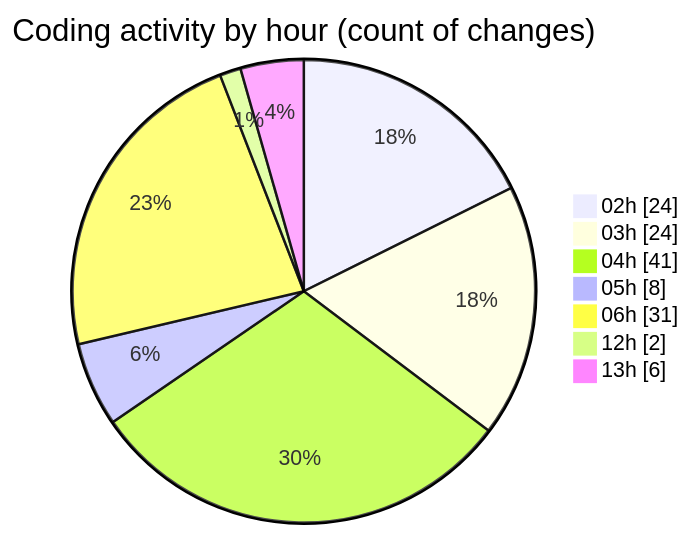
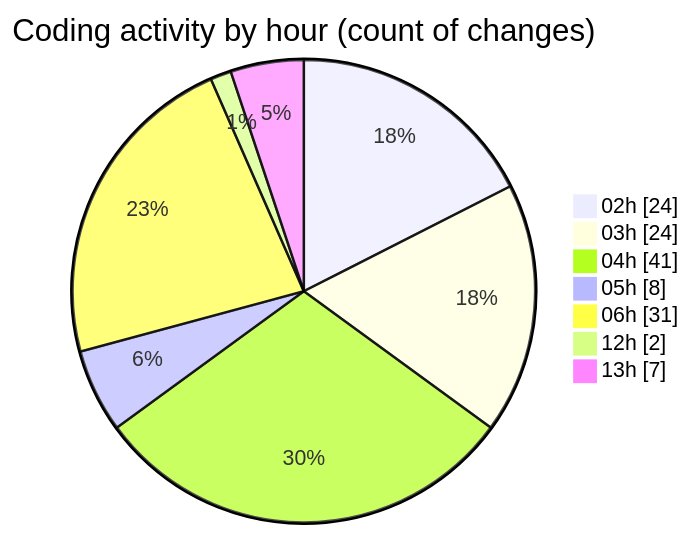
The second of 2 diagrams in 2025-07-23/quanlyrapchieuphim/README.md (lephambinh05/code-tracking), drawn with Mermaid before and after one commit. The commit also changed other lines of this file and 1 other file, not shown here.

````diff
--- a/2025-07-23/quanlyrapchieuphim/README.md
+++ b/2025-07-23/quanlyrapchieuphim/README.md
@@ -42,11 +42,11 @@
 ```mermaid
 pie showData
 title Coding activity by hour (count of changes)
 "02h" : 24
 "03h" : 24
 "04h" : 41
 "05h" : 8
 "06h" : 31
 "12h" : 2
-"13h" : 6
+"13h" : 7
 ```
````
